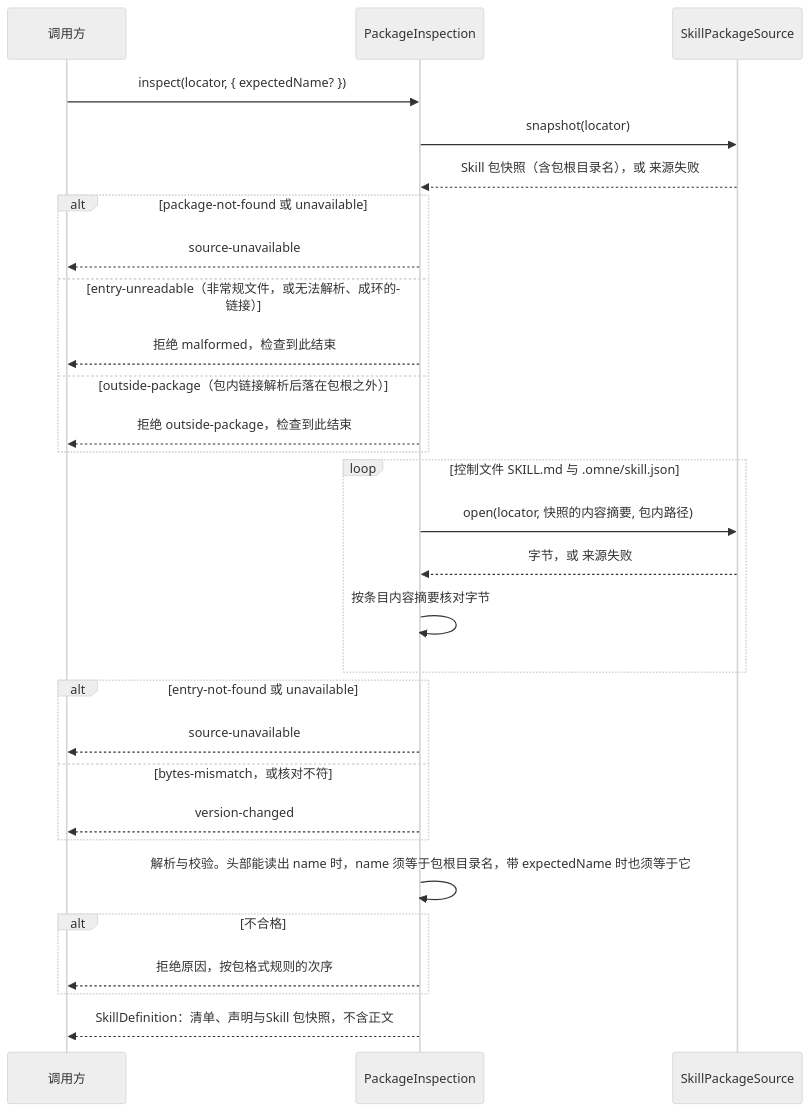
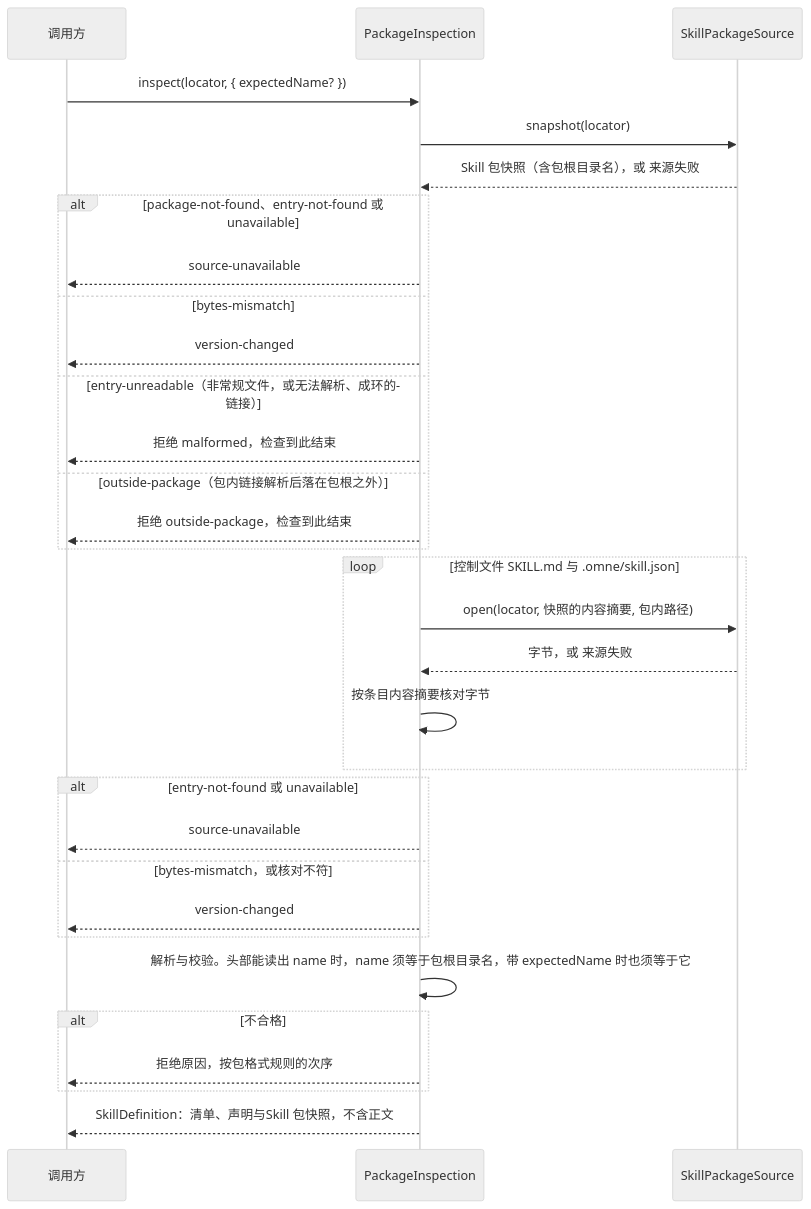
Before and after one commit to nemori-ai/omne-harness-lite: the first of 4 diagrams in packages/skills/docs/key-flows.md, drawn with Mermaid (neutral theme). The commit also changed other lines of this file and 4 other files, not shown here.

First line of the commit message:
docs(skills): 写回 W2 裁定：组页、领域页、key-flows 与组入口同步成员 SPEC/README

````diff
--- a/packages/skills/docs/key-flows.md
+++ b/packages/skills/docs/key-flows.md
@@ -9,31 +9,33 @@
 ```mermaid
 sequenceDiagram
   participant C as 调用方
   participant I as PackageInspection
   participant S as SkillPackageSource
   C->>I: inspect(locator, { expectedName? })
   I->>S: snapshot(locator)
   S-->>I: Skill 包快照（含包根目录名），或 来源失败
-  alt package-not-found 或 unavailable
+  alt package-not-found、entry-not-found 或 unavailable
     I-->>C: source-unavailable
+  else bytes-mismatch
+    I-->>C: version-changed
   else entry-unreadable（非常规文件，或无法解析、成环的链接）
     I-->>C: 拒绝 malformed，检查到此结束
   else outside-package（包内链接解析后落在包根之外）
     I-->>C: 拒绝 outside-package，检查到此结束
   end
   loop 控制文件 SKILL.md 与 .omne/skill.json
     I->>S: open(locator, 快照的内容摘要, 包内路径)
     S-->>I: 字节，或 来源失败
     I->>I: 按条目内容摘要核对字节
   end
   alt entry-not-found 或 unavailable
     I-->>C: source-unavailable
   else bytes-mismatch，或核对不符
     I-->>C: version-changed
   end
   I->>I: 解析与校验。头部能读出 name 时，name 须等于包根目录名，带 expectedName 时也须等于它
   alt 不合格
     I-->>C: 拒绝原因，按包格式规则的次序
   end
   I-->>C: SkillDefinition：清单、声明与Skill 包快照，不含正文
 ```
````
